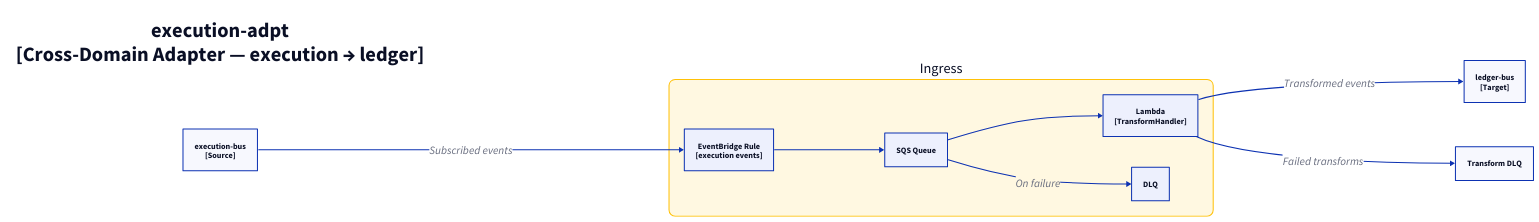
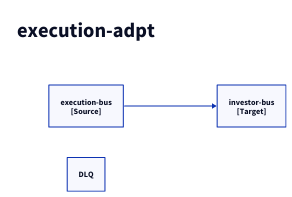
The diagram in docs/architecture/c3/execution-adpt.d2 (fabio-vitali/nestfolio), drawn with D2 before and after one commit. The commit also changed 60 other files, not shown here.

Commit message:
fix: c4 diagram generated

```diff
--- a/docs/architecture/c3/execution-adpt.d2
+++ b/docs/architecture/c3/execution-adpt.d2
@@ -1,28 +1,13 @@
 direction: right
 
-title: "execution-adpt\n[Cross-Domain Adapter — execution → ledger]" {
+title: "execution-adpt" {
   style: { font-size: 40; bold: true; fill: transparent; stroke: transparent }
 }
 
 source: "execution-bus\n[Source]" { class: aws-eventbridge }
 
-ingress: "Ingress" {
-  style: { fill: "#FFF8E1"; stroke: "#FFC107"; border-radius: 12; font-size: 28 }
-
-  transformer-rule: "EventBridge Rule\n[execution events]" { class: aws-eventbridge }
-  transformer-sqs: "SQS Queue" { class: aws-sqs }
-  transformer-fn: "Lambda\n[TransformHandler]" { class: aws-lambda }
-  transformer-dlq: "DLQ" { class: aws-dlq }
-
-  transformer-rule -> transformer-sqs -> transformer-fn
-  transformer-sqs -> transformer-dlq: "On failure" {style.font-size: 22}
-}
-
-target: "ledger-bus\n[Target]" { class: aws-eventbridge }
-
-dlq: "Transform DLQ" { class: aws-dlq }
+to-investor: "investor-bus\n[Target]" { class: aws-eventbridge }
+to-investor-dlq: "DLQ" { class: aws-dlq }
+source -> to-investor
 
 # Flows
-source -> ingress.transformer-rule: "Subscribed events" {style.font-size: 22}
-ingress.transformer-fn -> target: "Transformed events" {style.font-size: 22}
-ingress.transformer-fn -> dlq: "Failed transforms" {style.font-size: 22}
```
